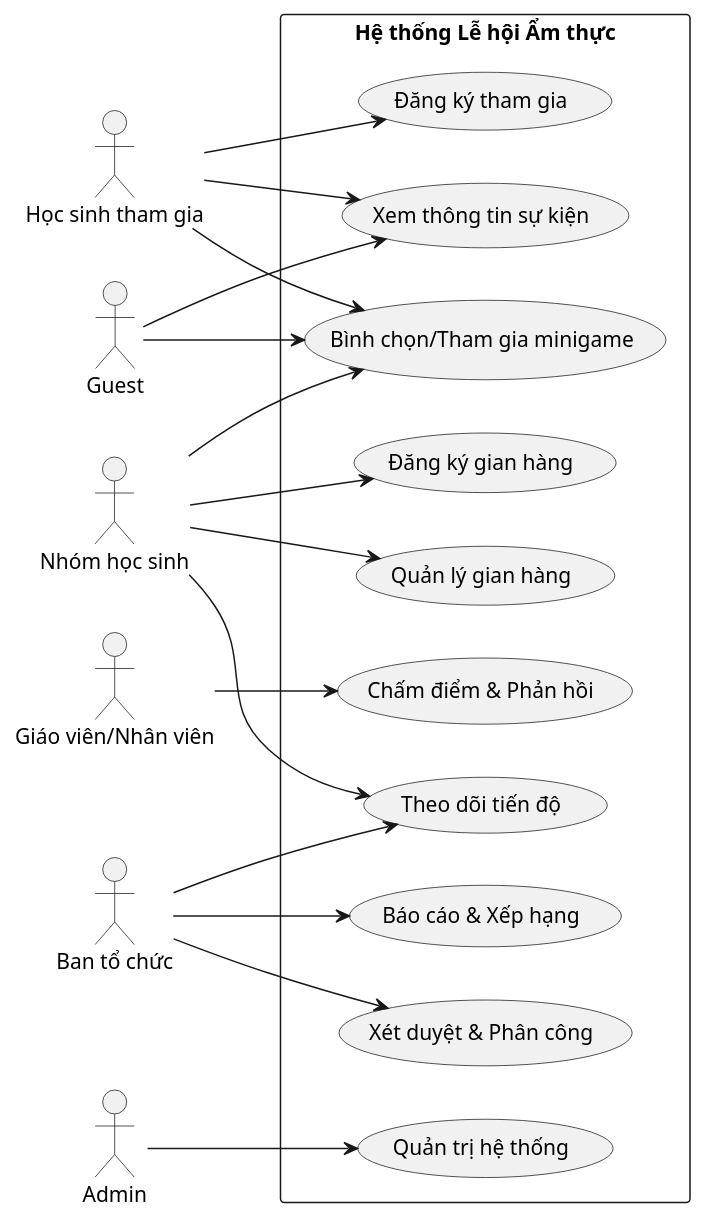
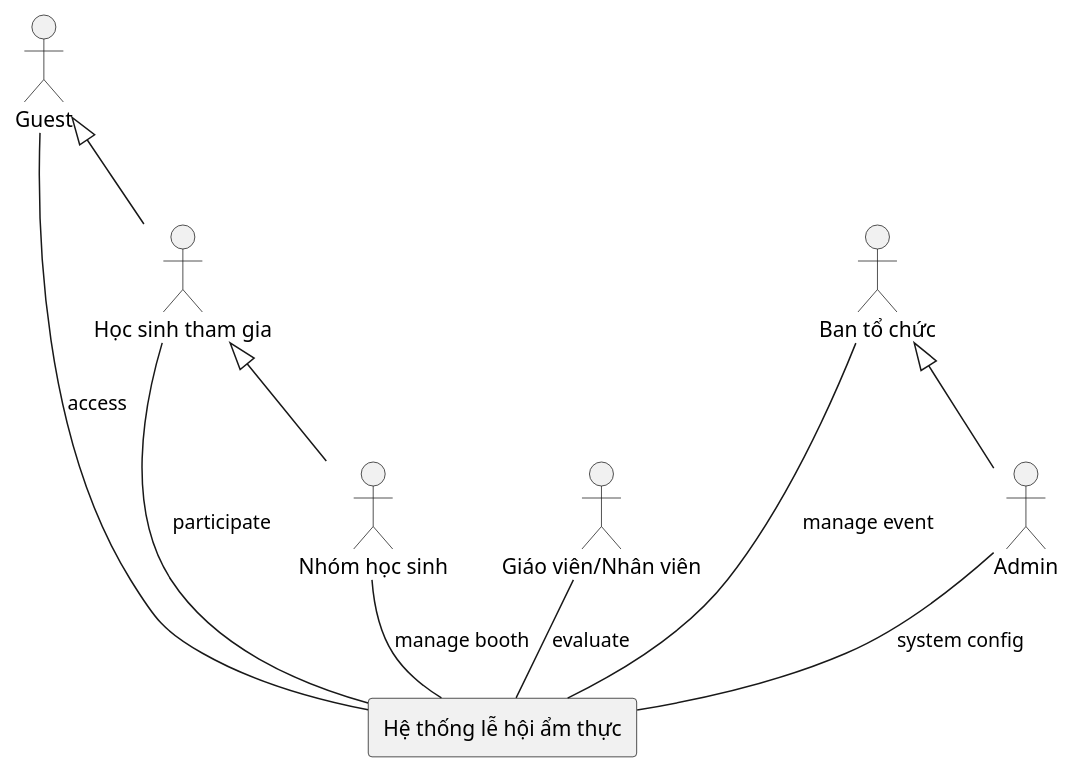
Before and after one commit to DavidSatoh/CNPM-school-food-festivals: the diagram in README.md, drawn with PlantUML.

````diff
--- a/README.md
+++ b/README.md
@@ -61,39 +60,25 @@
-```plantuml
-@startuml
-left to right direction
-actor "Guest" as Guest
+@startuml "Biểu đồ tác nhân"
+
+actor Guest
 actor "Học sinh tham gia" as Student
 actor "Nhóm học sinh" as Team
 actor "Giáo viên/Nhân viên" as Staff
 actor "Ban tổ chức" as Org
-actor "Admin" as Admin
+actor Admin
 
-rectangle "Hệ thống Lễ hội Ẩm thực" {
-  usecase "Xem thông tin sự kiện" as UC_ViewEvent
-  usecase "Bình chọn/Tham gia minigame" as UC_Vote
-  usecase "Đăng ký tham gia" as UC_Register
-  usecase "Đăng ký gian hàng" as UC_BoothReg
-  usecase "Xét duyệt & Phân công" as UC_Approve
-  usecase "Quản lý gian hàng" as UC_BoothMgmt
-  usecase "Theo dõi tiến độ" as UC_Progress
-  usecase "Chấm điểm & Phản hồi" as UC_Score
-  usecase "Báo cáo & Xếp hạng" as UC_Report
-  usecase "Quản trị hệ thống" as UC_Admin
+' Kế thừa (nếu có quan hệ chung)
+Guest <|-- Student
+Student <|-- Team
+Org <|-- Admin
+
+rectangle "Hệ thống lễ hội ẩm thực" as System {
 }
 
-Guest --> UC_ViewEvent
-Guest --> UC_Vote
-Student --> UC_ViewEvent
-Student --> UC_Vote
-Student --> UC_Register
-Team --> UC_BoothReg
-Team --> UC_BoothMgmt
-Team --> UC_Progress
-Team --> UC_Vote
-Staff --> UC_Score
-Org --> UC_Approve
-Org --> UC_Progress
-Org --> UC_Report
-Admin --> UC_Admin
+Guest -- System : access
+Student -- System : participate
+Team -- System : manage booth
+Staff -- System : evaluate
+Org -- System : manage event
+Admin -- System : system config
+
 @enduml
-```
````
